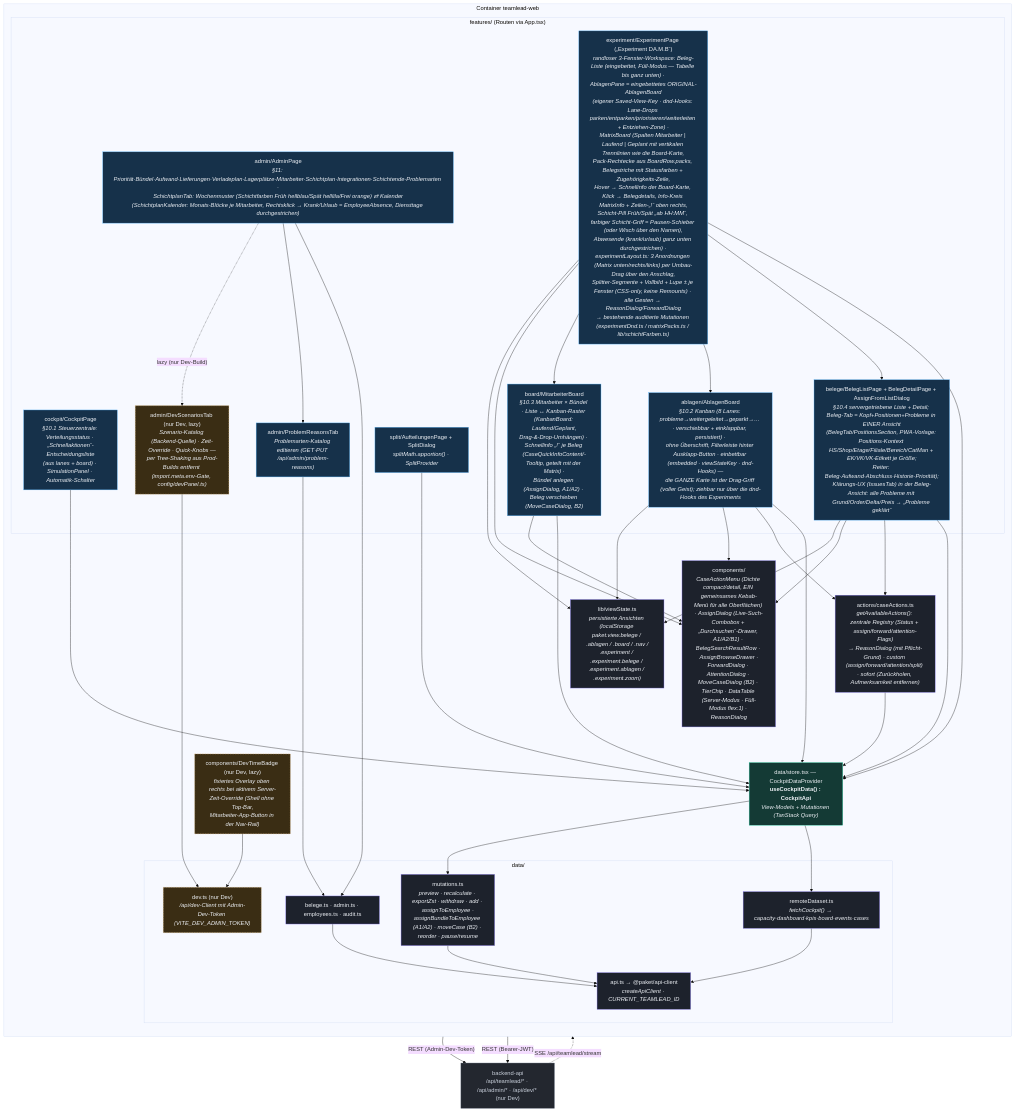
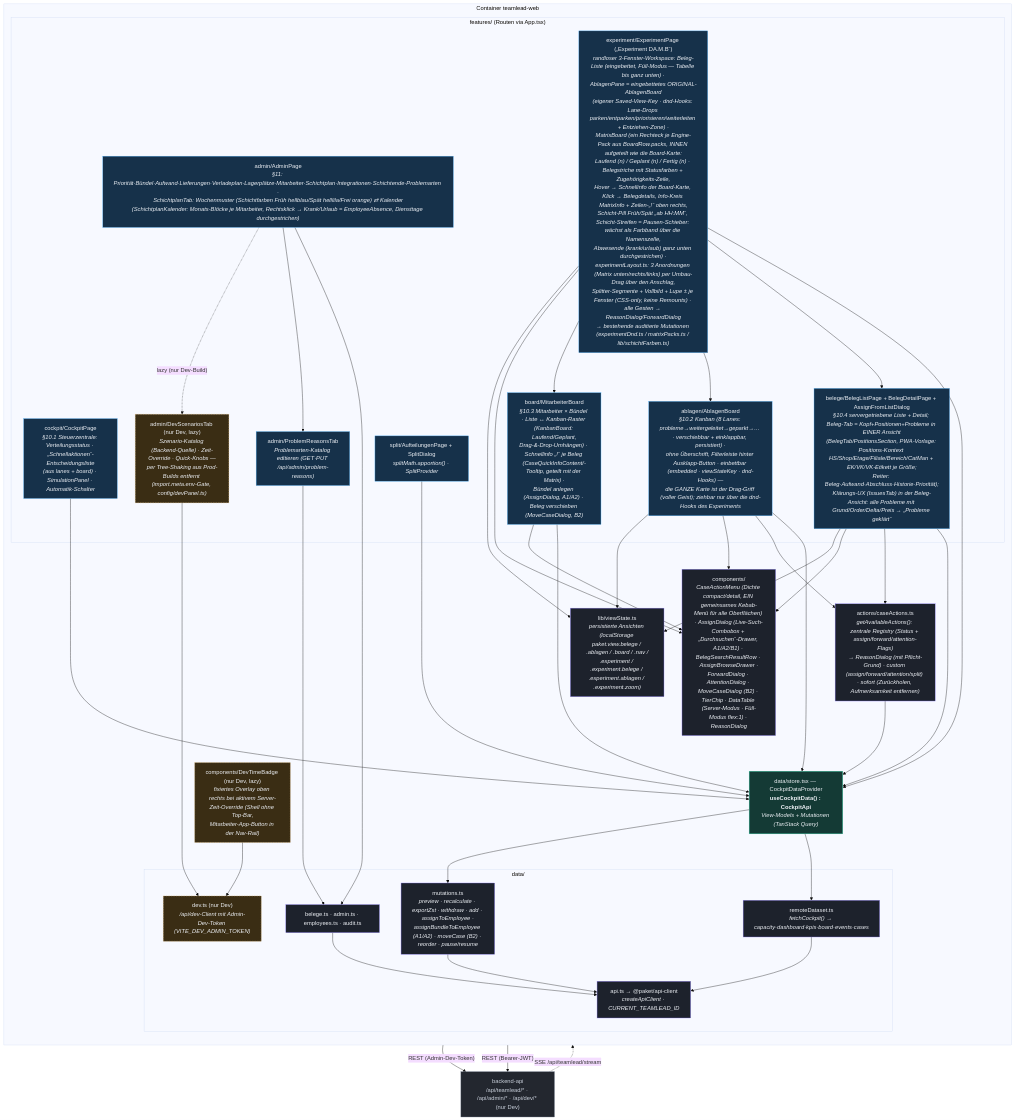
The diagram in docs/architecture/src/c3-teamlead-components.mmd (officialoniichat/paketdispov2), drawn with Mermaid (base theme) before and after one commit. The commit also changed 4 other files, not shown here.

First line of the commit message:
fix(teamlead-web): Pack innen wie Board-Karte aufgeteilt, Pausen-Streifen als Farbband

```diff
--- a/docs/architecture/src/c3-teamlead-components.mmd
+++ b/docs/architecture/src/c3-teamlead-components.mmd
@@ -1,71 +1,71 @@
 %% C4 Ebene 3 — Komponenten: teamlead-web (React + Vite + MUI, TanStack Query)
 %% Verifiziert gegen apps/teamlead-web/src/* (features/, data/, actions/, components/).
 flowchart TB
     classDef feat fill:#16314a,stroke:#56b6ff,color:#eef1f6;
     classDef store fill:#143a35,stroke:#2dd4a7,color:#eef1f6;
     classDef logic fill:#1d222c,stroke:#8b7cf6,color:#eef1f6;
     classDef ext fill:#23272f,stroke:#7c8696,color:#cbd2dd;
     classDef dev fill:#3a2d14,stroke:#e5b567,color:#eef1f6,stroke-dasharray:4 3;
 
     api["backend-api<br/>/api/teamlead/* · /api/admin/* · /api/dev/* (nur Dev)"]:::ext
 
     subgraph web["Container teamlead-web"]
         direction TB
         subgraph features["features/ (Routen via App.tsx)"]
             cockpit["cockpit/CockpitPage<br/><i>§10.1 Steuerzentrale: Verteilungsstatus · „Schnellaktionen“-Entscheidungsliste<br/>(aus lanes + board) · SimulationPanel · Automatik-Schalter</i>"]:::feat
             ablagen["ablagen/AblagenBoard<br/><i>§10.2 Kanban (8 Lanes: probleme→weitergeleitet→geparkt→… · verschiebbar + einklappbar, persistiert) ·<br/>ohne Überschrift, Filterleiste hinter Ausklapp-Button · einbettbar (embedded · viewStateKey · dnd-Hooks) —<br/>die GANZE Karte ist der Drag-Griff (voller Geist); ziehbar nur über die dnd-Hooks des Experiments</i>"]:::feat
             board["board/MitarbeiterBoard<br/><i>§10.3 Mitarbeiter × Bündel · Liste ↔ Kanban-Raster (KanbanBoard: Laufend/Geplant,<br/>Drag-&amp;-Drop-Umhängen) · Schnellinfo „!“ je Beleg (CaseQuickInfoContent/-Tooltip, geteilt mit der Matrix) ·<br/>Bündel anlegen (AssignDialog, A1/A2) · Beleg verschieben (MoveCaseDialog, B2)</i>"]:::feat
             belege["belege/BelegListPage + BelegDetailPage + AssignFromListDialog<br/><i>§10.4 servergetriebene Liste + Detail; Beleg-Tab = Kopf+Positionen+Probleme in EINER Ansicht<br/>(BelegTab/PositionsSection, PWA-Vorlage: Positions-Kontext HS/Shop/Etage/Filiale/Bereich/CatMan + EK/VK/VK-Etikett je Größe;<br/>Reiter: Beleg·Aufwand·Abschluss·Historie·Priorität);<br/>Klärungs-UX (IssuesTab) in der Beleg-Ansicht: alle Probleme mit Grund/Order/Delta/Preis → „Probleme geklärt“</i>"]:::feat
             split["split/AufteilungenPage + SplitDialog<br/><i>splitMath.apportion() · SplitProvider</i>"]:::feat
             admin["admin/AdminPage<br/><i>§11: Priorität·Bündel·Aufwand·Lieferungen·Verladeplan·Lagerplätze·Mitarbeiter·Schichtplan·Integrationen·Schichtende·Problemarten ·<br/>SchichtplanTab: Wochenmuster (Schichtfarben Früh hellblau/Spät helllila/Frei orange) ⇄ Kalender<br/>(SchichtplanKalender: Monats-Blöcke je Mitarbeiter, Rechtsklick → Krank/Urlaub = EmployeeAbsence, Diensttage durchgestrichen)</i>"]:::feat
             problemTab["admin/ProblemReasonsTab<br/><i>Problemarten-Katalog editieren (GET·PUT /api/admin/problem-reasons)</i>"]:::feat
             devtab["admin/DevScenariosTab (nur Dev, lazy)<br/><i>Szenario-Katalog (Backend-Quelle) · Zeit-Override · Quick-Knobs —<br/>per Tree-Shaking aus Prod-Builds entfernt (import.meta.env-Gate, config/devPanel.ts)</i>"]:::dev
-            experiment["experiment/ExperimentPage („Experiment DA.M.B“)<br/><i>randloser 3-Fenster-Workspace: Beleg-Liste (eingebettet, Füll-Modus — Tabelle bis ganz unten) ·<br/>AblagenPane = eingebettetes ORIGINAL-AblagenBoard<br/>(eigener Saved-View-Key · dnd-Hooks: Lane-Drops parken/entparken/priorisieren/weiterleiten + Entziehen-Zone) ·<br/>MatrixBoard (Spalten Mitarbeiter | Laufend | Geplant mit vertikalen Trennlinien wie die Board-Karte,<br/>Pack-Rechtecke aus BoardRow.packs, Belegstriche mit Statusfarben + Zugehörigkeits-Zeile,<br/>Hover → Schnellinfo der Board-Karte, Klick → Belegdetails, Info-Kreis MatrixInfo + Zeilen-„!“ oben rechts,<br/>Schicht-Pill Früh/Spät „ab HH:MM“, farbiger Schicht-Griff = Pausen-Schieber (oder Wisch über den Namen),<br/>Abwesende (krank/urlaub) ganz unten durchgestrichen) ·<br/>experimentLayout.ts: 3 Anordnungen (Matrix unten/rechts/links) per Umbau-Drag über den Anschlag,<br/>Splitter-Segmente + Vollbild + Lupe ± je Fenster (CSS-only, keine Remounts) · alle Gesten → ReasonDialog/ForwardDialog<br/>→ bestehende auditierte Mutationen (experimentDnd.ts / matrixPacks.ts / lib/schichtFarben.ts)</i>"]:::feat
+            experiment["experiment/ExperimentPage („Experiment DA.M.B“)<br/><i>randloser 3-Fenster-Workspace: Beleg-Liste (eingebettet, Füll-Modus — Tabelle bis ganz unten) ·<br/>AblagenPane = eingebettetes ORIGINAL-AblagenBoard<br/>(eigener Saved-View-Key · dnd-Hooks: Lane-Drops parken/entparken/priorisieren/weiterleiten + Entziehen-Zone) ·<br/>MatrixBoard (ein Rechteck je Engine-Pack aus BoardRow.packs, INNEN aufgeteilt wie die Board-Karte:<br/>Laufend (n) / Geplant (n) / Fertig (n) · Belegstriche mit Statusfarben + Zugehörigkeits-Zeile,<br/>Hover → Schnellinfo der Board-Karte, Klick → Belegdetails, Info-Kreis MatrixInfo + Zeilen-„!“ oben rechts,<br/>Schicht-Pill Früh/Spät „ab HH:MM“, Schicht-Streifen = Pausen-Schieber: wächst als Farbband über die Namenszelle,<br/>Abwesende (krank/urlaub) ganz unten durchgestrichen) ·<br/>experimentLayout.ts: 3 Anordnungen (Matrix unten/rechts/links) per Umbau-Drag über den Anschlag,<br/>Splitter-Segmente + Vollbild + Lupe ± je Fenster (CSS-only, keine Remounts) · alle Gesten → ReasonDialog/ForwardDialog<br/>→ bestehende auditierte Mutationen (experimentDnd.ts / matrixPacks.ts / lib/schichtFarben.ts)</i>"]:::feat
         end
         devbadge["components/DevTimeBadge (nur Dev, lazy)<br/><i>fixiertes Overlay oben rechts bei aktivem Server-Zeit-Override (Shell ohne Top-Bar,<br/>Mitarbeiter-App-Button in der Nav-Rail)</i>"]:::dev
         store["data/store.tsx — CockpitDataProvider<br/><b>useCockpitData() : CockpitApi</b><br/><i>View-Models + Mutationen (TanStack Query)</i>"]:::store
         subgraph datal["data/"]
             remote["remoteDataset.ts<br/><i>fetchCockpit() → capacity·dashboard·kpis·board·events·cases</i>"]:::logic
             belegeData["belege.ts · admin.ts · employees.ts · audit.ts"]:::logic
             devData["dev.ts (nur Dev)<br/><i>/api/dev-Client mit Admin-Dev-Token (VITE_DEV_ADMIN_TOKEN)</i>"]:::dev
             mutations["mutations.ts<br/><i>preview · recalculate · exportZst · withdraw · add · assignToEmployee ·<br/>assignBundleToEmployee (A1/A2) · moveCase (B2) · reorder · pause/resume</i>"]:::logic
             apiClient["api.ts → @paket/api-client<br/><i>createApiClient · CURRENT_TEAMLEAD_ID</i>"]:::logic
         end
         actions["actions/caseActions.ts<br/><i>getAvailableActions(): zentrale Registry (Status + assign/forward/attention-Flags)<br/>→ ReasonDialog (mit Pflicht-Grund) · custom (assign/forward/attention/split) · sofort (Zurückholen, Aufmerksamkeit entfernen)</i>"]:::logic
         shared["components/<br/><i>CaseActionMenu (Dichte compact/detail, EIN gemeinsames Kebab-Menü für alle Oberflächen) · AssignDialog (Live-Such-Combobox + „Durchsuchen“-Drawer, A1/A2/B1) · BelegSearchResultRow · AssignBrowseDrawer ·<br/>ForwardDialog · AttentionDialog · MoveCaseDialog (B2) · TierChip · DataTable (Server-Modus · Füll-Modus flex:1) · ReasonDialog</i>"]:::logic
         viewState["lib/viewState.ts<br/><i>persistierte Ansichten (localStorage paket.view.belege / .ablagen / .board / .nav /<br/>.experiment / .experiment.belege / .experiment.ablagen / .experiment.zoom)</i>"]:::logic
     end
 
     cockpit --> store
     ablagen --> store
     board --> store
     belege --> store
     split --> store
     admin --> belegeData
     admin --> problemTab
     problemTab --> belegeData
     admin -. "lazy (nur Dev-Build)" .-> devtab
     devtab --> devData
     devbadge --> devData
     devData -->|"REST (Admin-Dev-Token)"| api
     ablagen --> actions
     belege --> actions
     actions --> store
     board --> shared
     ablagen --> shared
     belege --> shared
     experiment --> store
     experiment --> belege
     experiment --> ablagen
     experiment --> board
     experiment --> shared
     experiment --> viewState
     ablagen --> viewState
     belege --> viewState
     store --> remote
     store --> mutations
     remote --> apiClient
     mutations --> apiClient
     belegeData --> apiClient
     apiClient -->|"REST (Bearer-JWT)"| api
     api -. "SSE /api/teamlead/stream" .-> store
```
